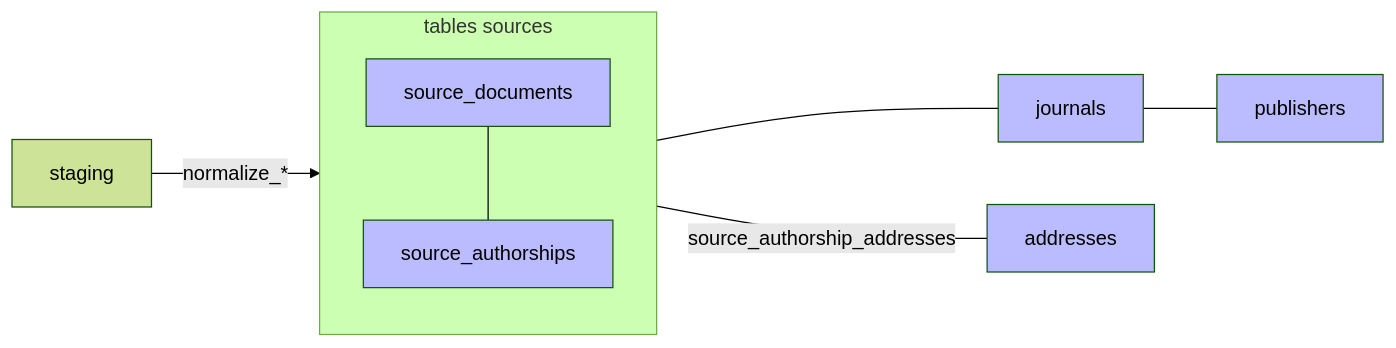
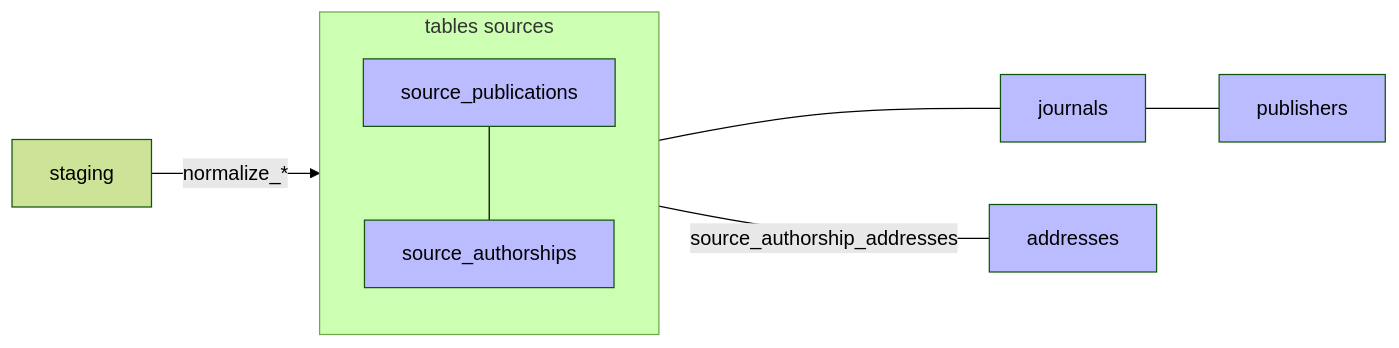
The diagram in docs/pipeline/03-normalize.md (Y33sha/bibliometrie-uca), drawn with Mermaid (forest theme) before and after one commit. The commit also changed other lines of this file and 16 other files, not shown here.

````diff
--- a/docs/pipeline/03-normalize.md
+++ b/docs/pipeline/03-normalize.md
@@ -3,12 +3,12 @@
 ```mermaid
 flowchart LR
     B[staging]-->|normalize_*|G
     subgraph G[tables sources]
         direction TB
-        C[source_documents]---D[source_authorships]
+        C[source_publications]---D[source_authorships]
     end
     C---journals---publishers
     D---|source_authorship_addresses|F[addresses]
     classDef new  fill:#bbf
     class C,D,F,journals,publishers new;
 ```
````
